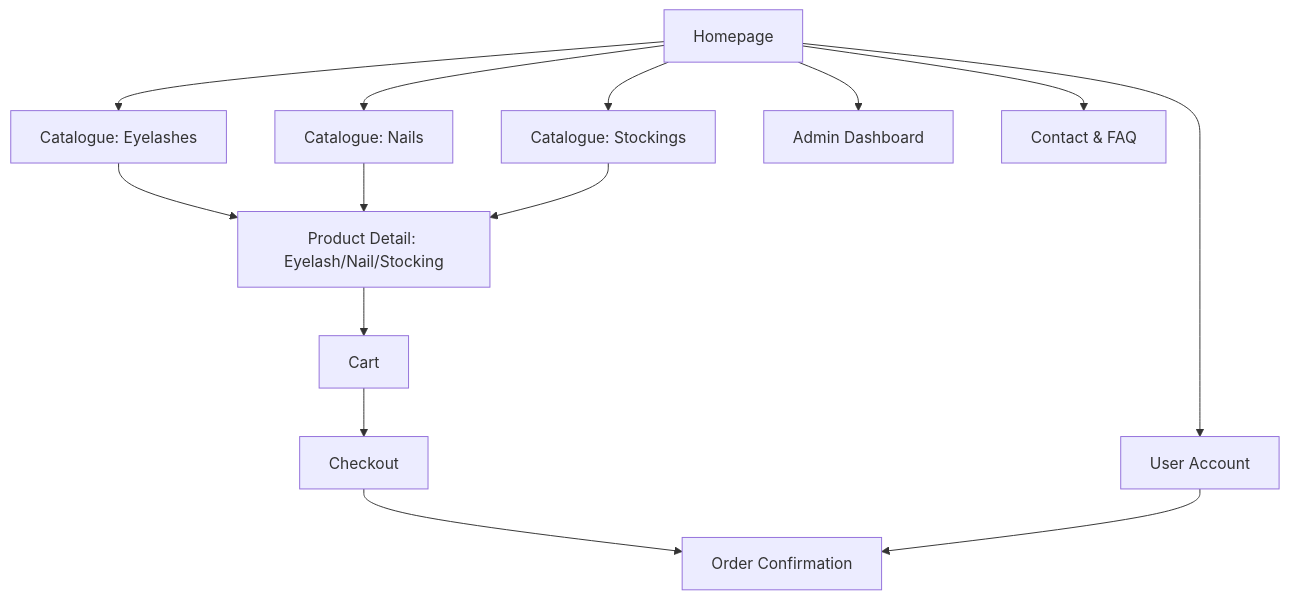
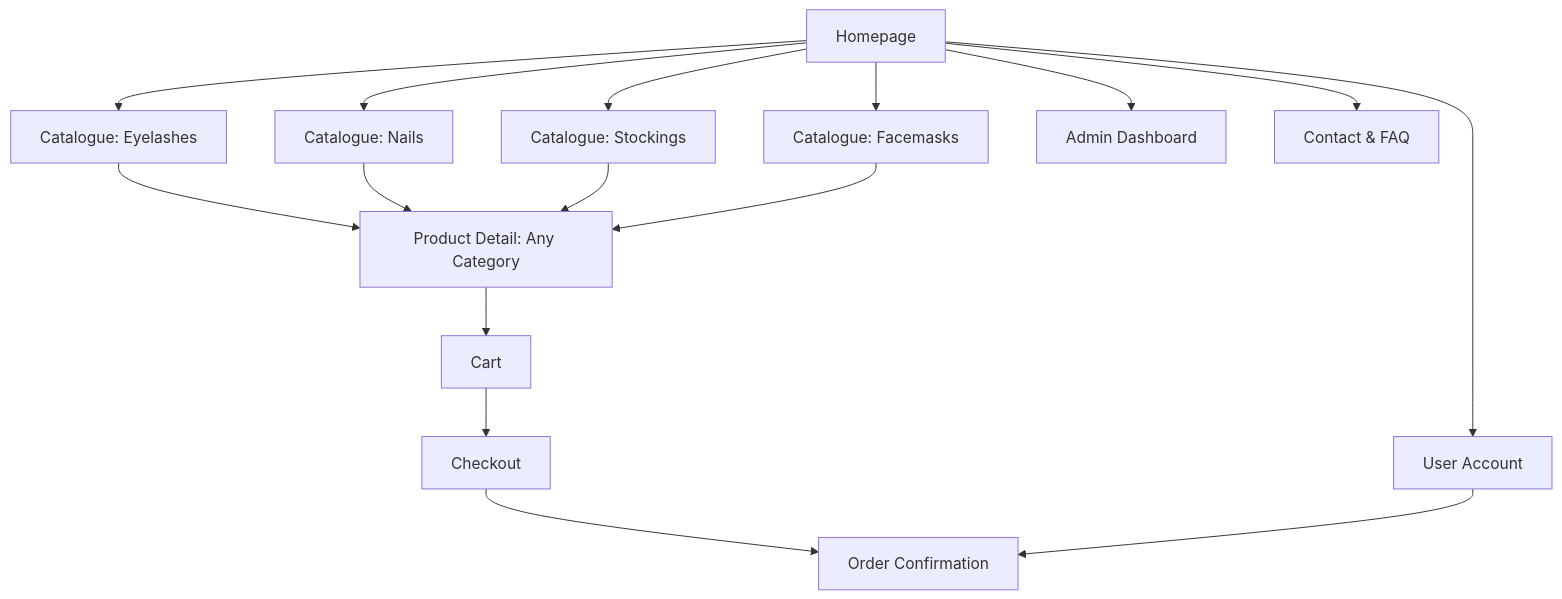
One commit to misterfitzy/false-eyelash-store changed the diagram in specs/product-spec.md. Above: the diagram before and after it, drawn with Mermaid. The commit also changed other lines of this file, not shown here.

Commit message:
feat: add facemasks as a core product category in catalog, filtering, admin, and checkout flows per established pattern

````diff
--- a/specs/product-spec.md
+++ b/specs/product-spec.md
@@ -66,28 +66,31 @@
 ```mermaid
 graph TD
   A[Homepage]
   B[Catalogue: Eyelashes]
   B2[Catalogue: Nails]
   B3[Catalogue: Stockings]
-  C[Product Detail: Eyelash/Nail/Stocking]
+  B4[Catalogue: Facemasks]
+  C[Product Detail: Any Category]
   D[Cart]
   E[Checkout]
   F[Order Confirmation]
   G[User Account]
   H[Admin Dashboard]
   I[Contact & FAQ]
 
   A --> B
   A --> B2
   A --> B3
+  A --> B4
   B --> C
   B2 --> C
   B3 --> C
+  B4 --> C
   C --> D
   D --> E
   E --> F
   A --> G
   A --> I
   G --> F
   A --> H
 ```
````
